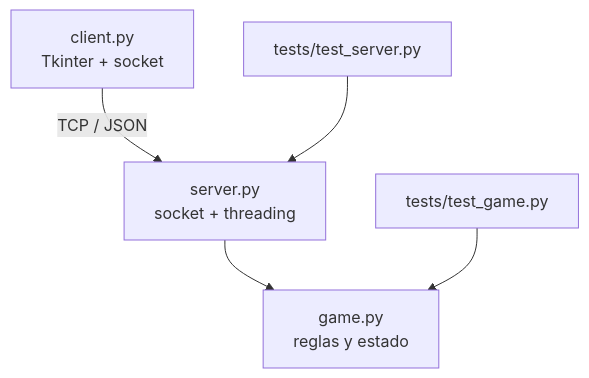
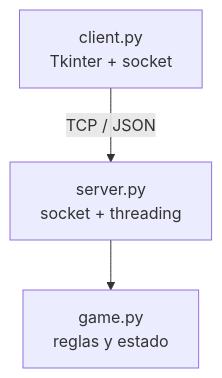
One commit to JesusDavid-2912/Tron-Project changed the third of 3 diagrams in docs/arquitectura.md. Above: the diagram before and after it, drawn with Mermaid. The commit also changed other lines of this file and 11 other files, not shown here.

````diff
--- a/docs/arquitectura.md
+++ b/docs/arquitectura.md
@@ -97,7 +97,5 @@
 ```mermaid
 flowchart TD
     client[client.py\nTkinter + socket] -->|TCP / JSON| server[server.py\nsocket + threading]
     server --> game[game.py\nreglas y estado]
-    testgame[tests/test_game.py] --> game
-    testserver[tests/test_server.py] --> server
 ```
````
